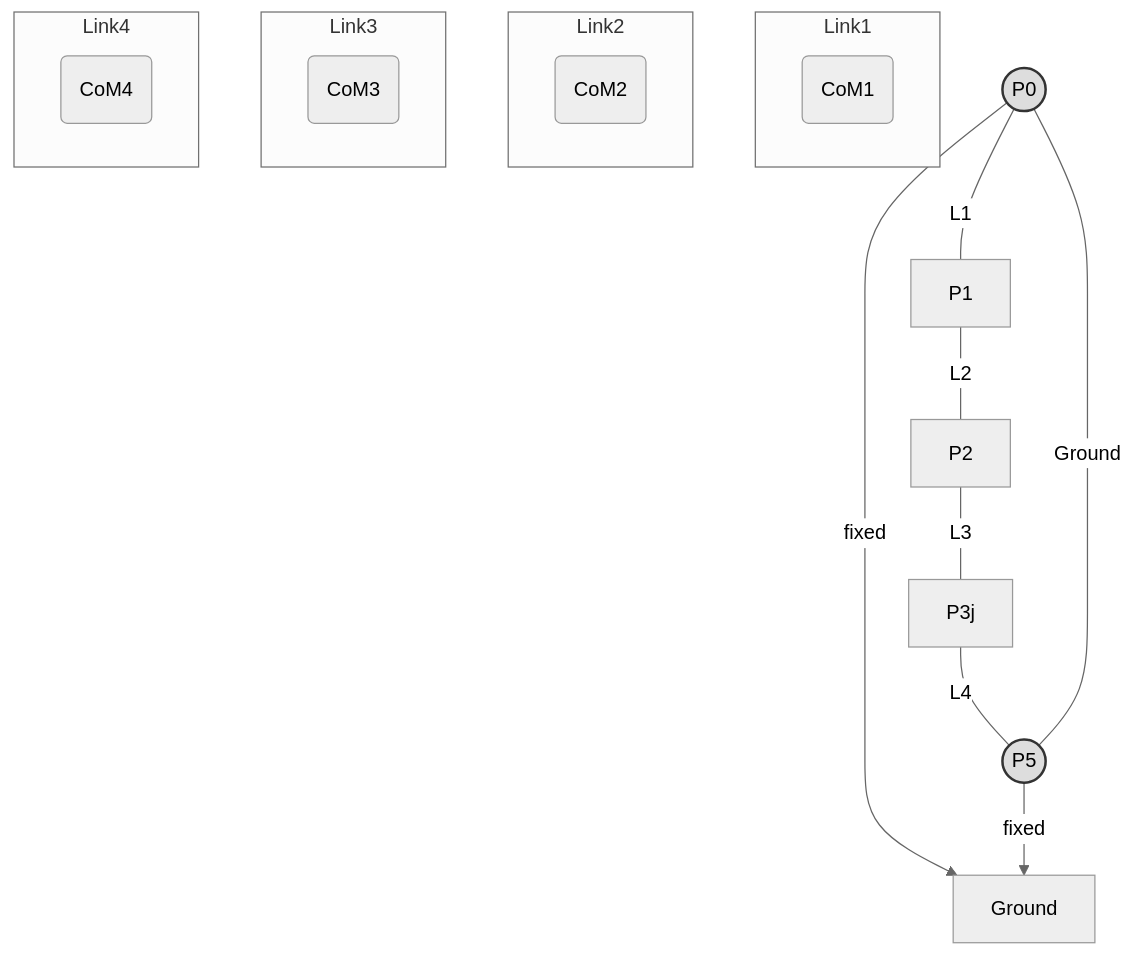
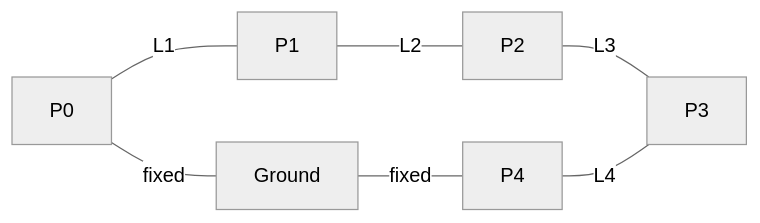
The diagram in docs/source/55-multibody/51-exp/01.md (brucekomike/robotics), drawn with Mermaid (neutral theme) before and after one commit. The commit also changed 8 other files, not shown here.

````diff
--- a/docs/source/55-multibody/51-exp/01.md
+++ b/docs/source/55-multibody/51-exp/01.md
@@ -28,27 +28,9 @@
 ```{mermaid}
-graph TD
-    P0((P0)) ---|L1| P1
+flowchart LR
+    P0 ---|fixed| Ground
+    P0 ---|L1| P1
     P1 ---|L2| P2
-    P2 ---|L3| P3j
-    P3j ---|L4| P5((P5))
-    P0 ---|Ground| P5
-
-    subgraph Link1
-        R1(CoM1)
-    end
-    subgraph Link2
-        R2(CoM2)
-    end
-    subgraph Link3
-        R3(CoM3)
-    end
-    subgraph Link4
-        R4(CoM4)
-    end
-
-    P0 -- fixed --> Ground
-    P5 -- fixed --> Ground
-
-    style P0 fill:#ddd,stroke:#333,stroke-width:2px
-    style P5 fill:#ddd,stroke:#333,stroke-width:2px
+    P2 ---|L3| P3
+    P4 ---|L4| P3
+    Ground ---|fixed| P4
 ```
````
